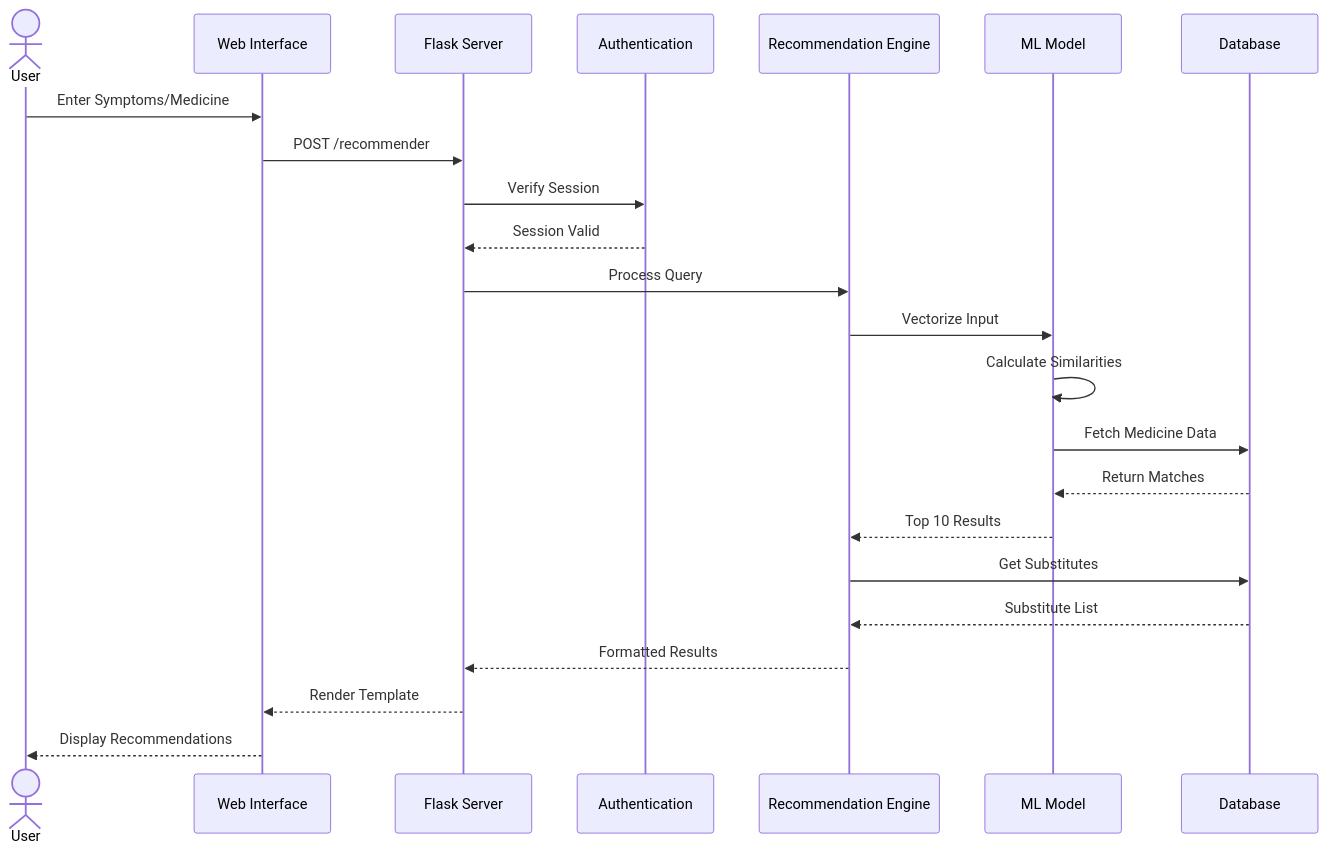
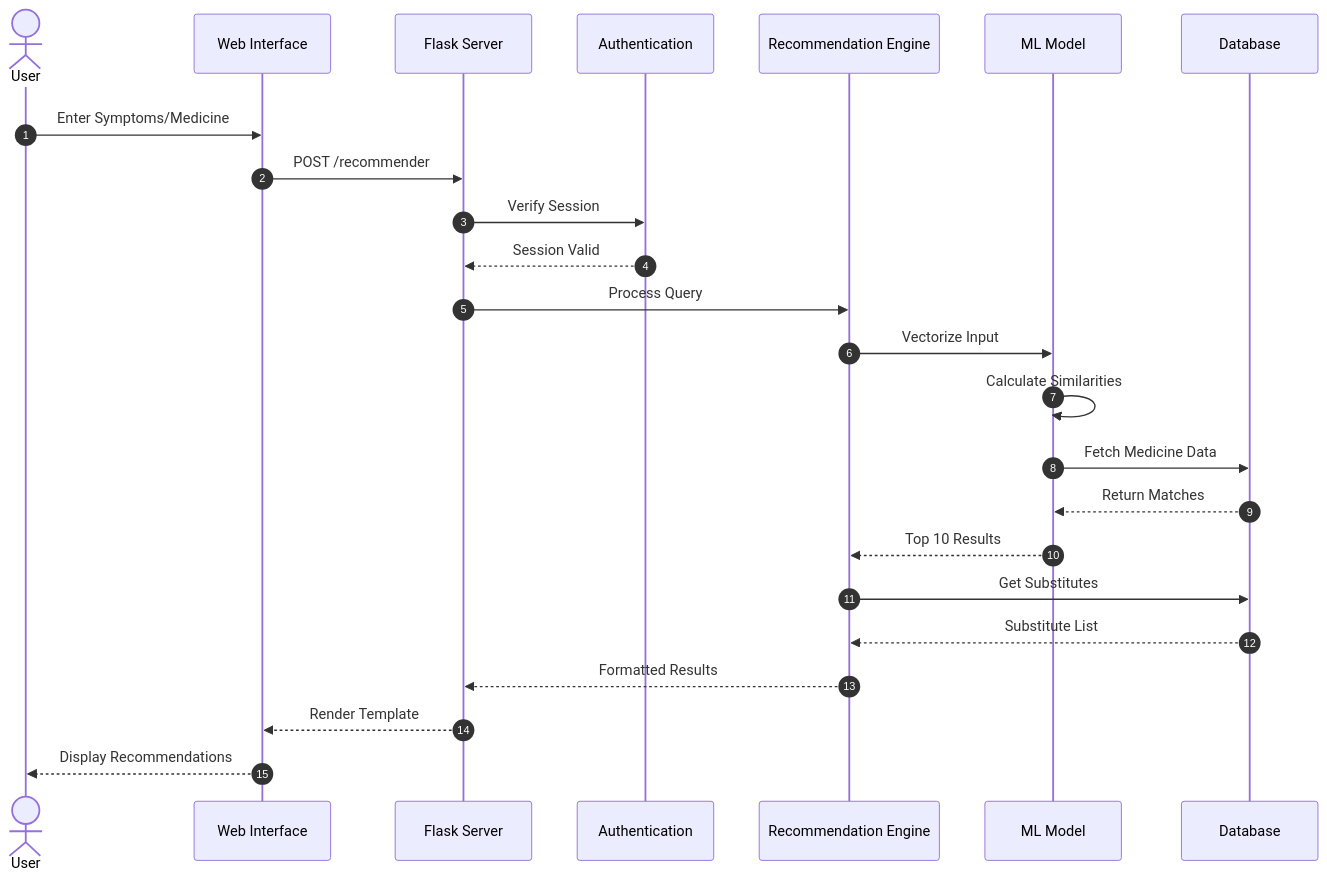
The third of 6 diagrams in README.md (udityamerit/Smart-Medical-Care-For-Rural-Areas), drawn with Mermaid before and after one commit. The commit also changed other lines of this file, not shown here.

Commit message:
Enhance README with mermaid diagrams

````diff
--- a/README.md
+++ b/README.md
@@ -263,26 +267,29 @@
 ```mermaid
 sequenceDiagram
+    autonumber
+    rect rgb(255, 255, 255)
     actor User
     participant UI as Web Interface
     participant Flask as Flask Server
     participant Auth as Authentication
     participant Engine as Recommendation Engine
     participant ML as ML Model
     participant DB as Database
     
     User->>UI: Enter Symptoms/Medicine
     UI->>Flask: POST /recommender
     Flask->>Auth: Verify Session
     Auth-->>Flask: Session Valid
     Flask->>Engine: Process Query
     Engine->>ML: Vectorize Input
     ML->>ML: Calculate Similarities
     ML->>DB: Fetch Medicine Data
     DB-->>ML: Return Matches
     ML-->>Engine: Top 10 Results
     Engine->>DB: Get Substitutes
     DB-->>Engine: Substitute List
     Engine-->>Flask: Formatted Results
     Flask-->>UI: Render Template
     UI-->>User: Display Recommendations
+    end
 ```
````
